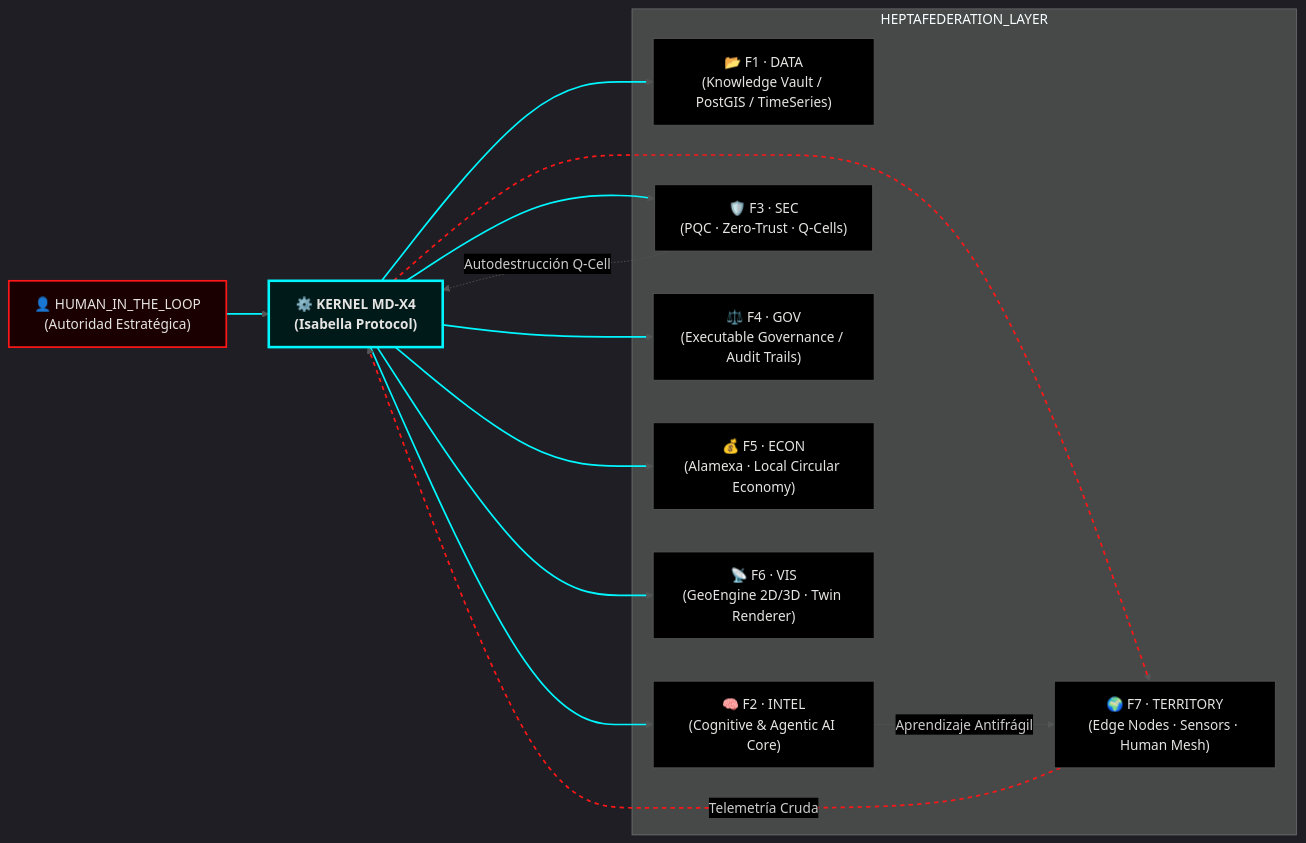
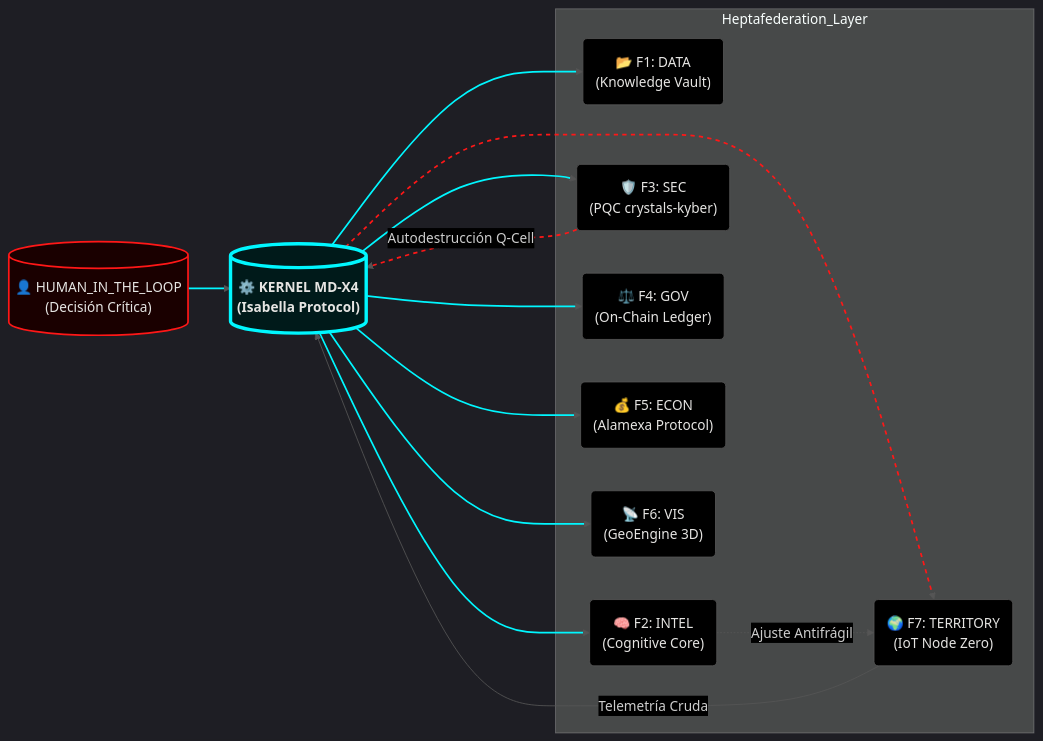
The diagram in README.md (OsoPanda1/OsoPanda1), drawn with Mermaid before and after one commit. The commit also changed other lines of this file, not shown here.

`````diff
--- a/README.md
+++ b/README.md
@@ -50,36 +52,42 @@
 ```mermaid
 %%{init: {'theme': 'dark', 'themeVariables': { 'primaryColor': '#000000', 'edgeLabelBackground':'#000000', 'tertiaryColor': '#000000'}}}%%
 graph LR
-    U["👤 HUMAN_IN_THE_LOOP\n(Autoridad Estratégica)"]:::human --> K
-    K["⚙️ KERNEL MD-X4\n(Isabella Protocol)"]:::kernel
+    %% Core Nodes
+    U[("👤 HUMAN_IN_THE_LOOP\n(Decisión Crítica)")]:::human --> K
+    K[("⚙️ KERNEL MD-X4\n(Isabella Protocol)")]:::kernel
 
-    subgraph HEPTAFEDERATION_LAYER
-        F1["📂 F1 · DATA\n(Knowledge Vault / PostGIS / TimeSeries)"]:::fed
-        F2["🧠 F2 · INTEL\n(Cognitive & Agentic AI Core)"]:::fed
-        F3["🛡️ F3 · SEC\n(PQC · Zero-Trust · Q-Cells)"]:::fed
-        F4["⚖️ F4 · GOV\n(Executable Governance / Audit Trails)"]:::fed
-        F5["💰 F5 · ECON\n(Alamexa · Local Circular Economy)"]:::fed
-        F6["📡 F6 · VIS\n(GeoEngine 2D/3D · Twin Renderer)"]:::fed
-        F7["🌍 F7 · TERRITORY\n(Edge Nodes · Sensors · Human Mesh)"]:::fed
+    %% Heptafederation Services
+    K ==> F1:::fed
+    K ==> F2:::fed
+    K ==> F3:::fed
+    K ==> F4:::fed
+    K ==> F5:::fed
+    K ==> F6:::fed
+    K ==> F7:::fed
+
+    %% Service Definitions
+    subgraph Heptafederation_Layer
+        F1("📂 F1: DATA\n(Knowledge Vault)")
+        F2("🧠 F2: INTEL\n(Cognitive Core)")
+        F3("🛡️ F3: SEC\n(PQC crystals-kyber)")
+        F4("⚖️ F4: GOV\n(On-Chain Ledger)")
+        F5("💰 F5: ECON\n(Alamexa Protocol)")
+        F6("📡 F6: VIS\n(GeoEngine 3D)")
+        F7("🌍 F7: TERRITORY\n(IoT Node Zero)")
     end
 
-    K --> F1
-    K --> F2
-    K --> F3
-    K --> F4
-    K --> F5
-    K --> F6
-    K --> F7
+    %% Self-Healing Loops
+    F3 -.->|Autodestrucción Q-Cell| K
+    F2 -.->|Ajuste Antifrágil| F7
+    F7 ==>|Telemetría Cruda| K
 
-    F7 -->|Telemetría Cruda| K
-    F2 -.->|Aprendizaje Antifrágil| F7
-    F3 -.->|Autodestrucción Q-Cell| K
+    %% Styling
+    classDef human stroke:#FF1717,stroke-width:2px,fill:#1A0000,color:#E5E4E2;
+    classDef kernel stroke:#00F7FF,stroke-width:4px,fill:#001A1A,color:#E5E4E2,font-weight:bold;
+    classDef fed stroke:#555,stroke-width:1px,fill:#000000,color:#E5E4E2;
 
-    classDef human stroke:#FF1717,stroke-width:2px,fill:#1A0000,color:#E5E4E2;
-    classDef kernel stroke:#00F7FF,stroke-width:3px,fill:#001A1A,color:#E5E4E2,font-weight:bold;
-    classDef fed stroke:#555555,stroke-width:1px,fill:#000000,color:#E5E4E2;
-
-    linkStyle default stroke:#555555,stroke-width:1px;
+    %% Global Theme Overrides for Mermaid within Dark GitHub
+    linkStyle default stroke:#555,stroke-width:1px;
     linkStyle 0,1,2,3,4,5,6 stroke:#00F7FF,stroke-width:2px;
-    linkStyle 7,8 stroke:#FF1717,stroke-width:2px,stroke-dasharray:5 5;
-```
+    linkStyle 7,8 stroke:#FF1717,stroke-width:2px,stroke-dasharray: 5 5;
+````
`````
